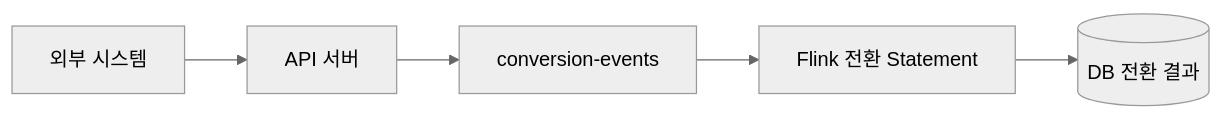
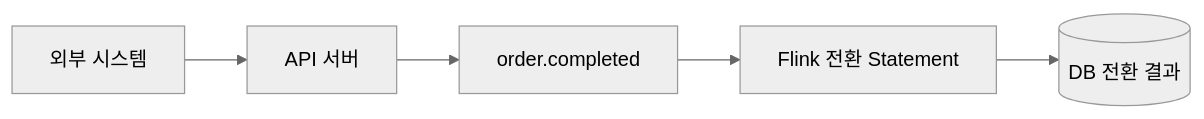
Before and after one commit to smk692/advertisement-project: the third of 4 diagrams in docs/2. 설계/2-4. 광고_토픽_설계.md, drawn with Mermaid (neutral theme). The commit also changed other lines of this file and 5 other files, not shown here.

Commit message:
refactor: conversion-events를 order.completed로 변경 및 스키마 업데이트 - 토픽명 변경: conversion-events → order.completed - 실제 커머스 시스템에서 발행되는 토픽에 맞춰 스키마 단순화 - 필드 변경: user_id, mobile_device_id, order_id만 포함 - Flink SQL 매칭 로직 업데이트: mobile_device_id 기준 매칭 - API 문서 및 설계 문서 전체 동기화

````diff
--- a/docs/2. 설계/2-4. 광고_토픽_설계.md
+++ b/docs/2. 설계/2-4. 광고_토픽_설계.md
@@ -240,7 +234,7 @@
 ```mermaid
 graph LR
     EXT[외부 시스템] --> API[API 서버]
-    API --> K3[conversion-events]
+    API --> K3[order.completed]
     K3 --> F3[Flink 전환 Statement]
     F3 --> DB[(DB 전환 결과)]
 ```
````
